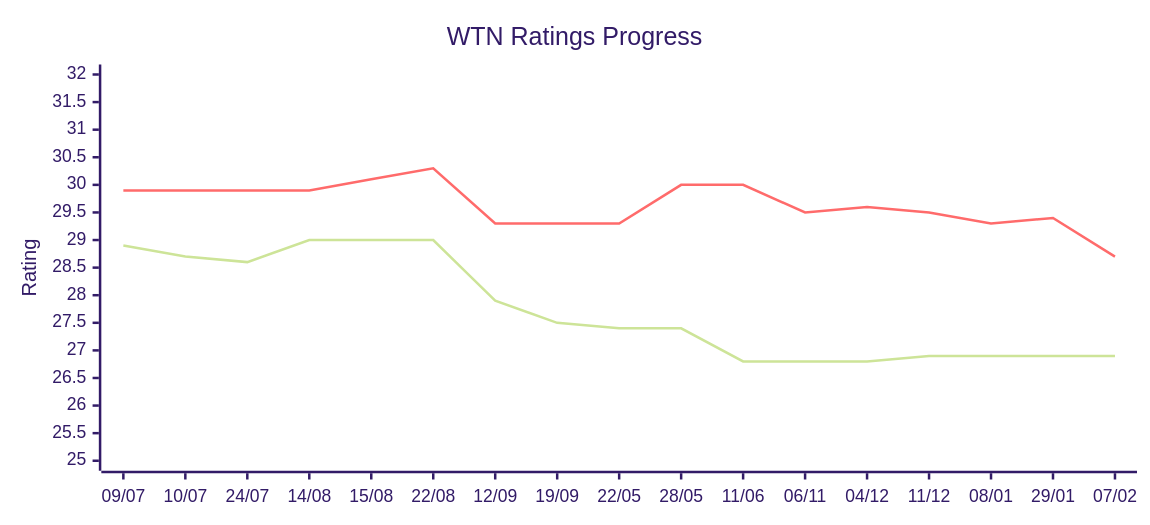
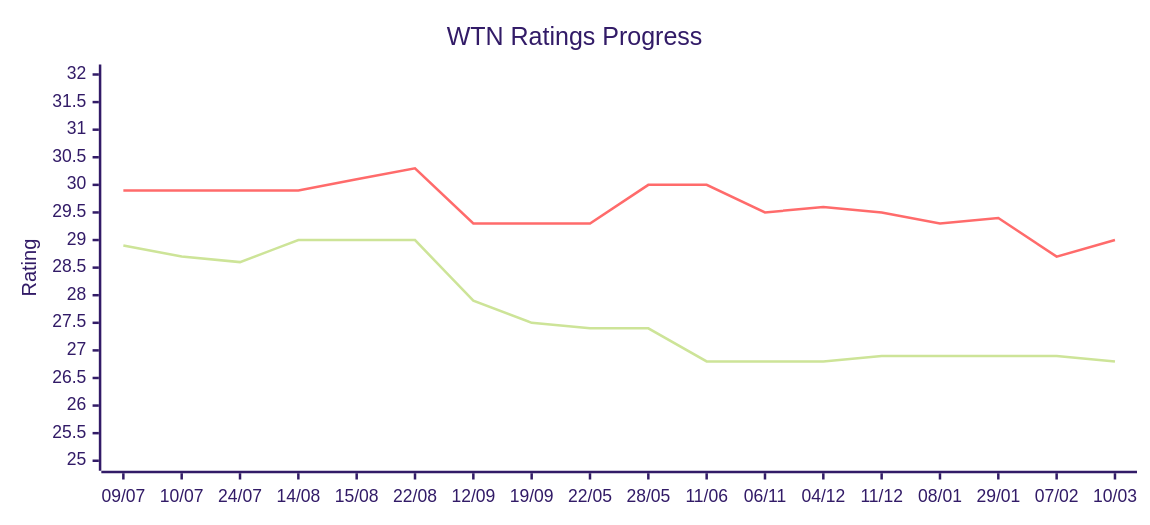
Before and after one commit to jamesrwhite/wtn: the diagram in README.md, drawn with Mermaid (forest theme). The commit also changed other lines of this file and 1 other file, not shown here.

Commit message:
Updated ratings

````diff
--- a/README.md
+++ b/README.md
@@ -12,14 +12,14 @@
 ```mermaid
 ---
 config:
   xyChart:
     width: 900
     height: 400
 ---
 xychart-beta
   title "WTN Ratings Progress"
-  x-axis ["09/07", "10/07", "24/07", "14/08", "15/08", "22/08", "12/09", "19/09", "22/05", "28/05", "11/06", "06/11", "04/12", "11/12", "08/01", "29/01", "07/02"]
+  x-axis ["09/07", "10/07", "24/07", "14/08", "15/08", "22/08", "12/09", "19/09", "22/05", "28/05", "11/06", "06/11", "04/12", "11/12", "08/01", "29/01", "07/02", "10/03"]
   y-axis "Rating" 25 --> 32
-  line [28.9, 28.7, 28.6, 29.0, 29.0, 29.0, 27.9, 27.5, 27.4, 27.4, 26.8, 26.8, 26.8, 26.9, 26.9, 26.9, 26.9]
-  line [29.9, 29.9, 29.9, 29.9, 30.1, 30.3, 29.3, 29.3, 29.3, 30.0, 30.0, 29.5, 29.6, 29.5, 29.3, 29.4, 28.7]
+  line [28.9, 28.7, 28.6, 29.0, 29.0, 29.0, 27.9, 27.5, 27.4, 27.4, 26.8, 26.8, 26.8, 26.9, 26.9, 26.9, 26.9, 26.8]
+  line [29.9, 29.9, 29.9, 29.9, 30.1, 30.3, 29.3, 29.3, 29.3, 30.0, 30.0, 29.5, 29.6, 29.5, 29.3, 29.4, 28.7, 29.0]
 ```
````
